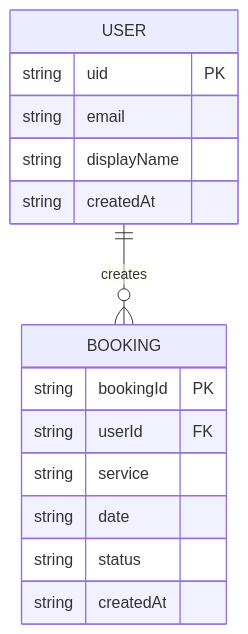
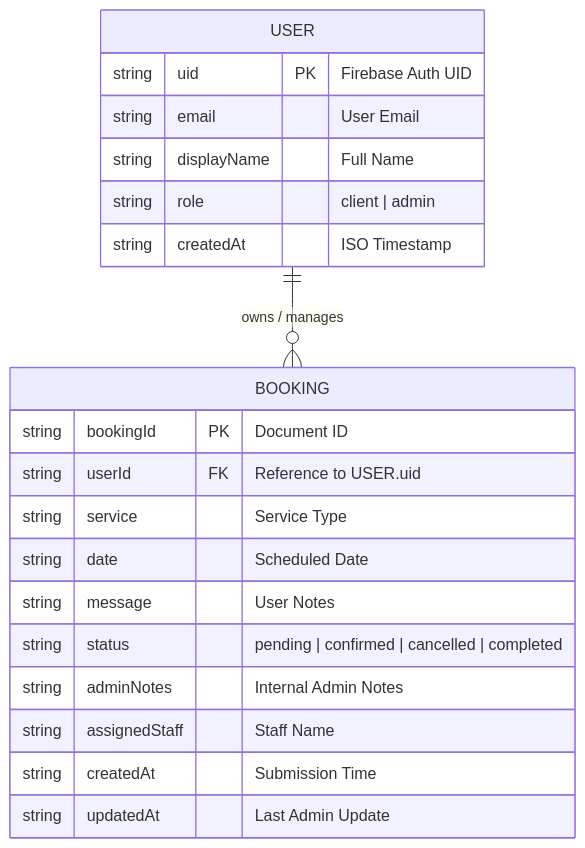
One commit to darbarrahul9999/aquablast-project changed the first of 4 diagrams in README.md. Above: the diagram before and after it, drawn with Mermaid. The commit also changed other lines of this file, not shown here.

First line of the commit message:
docs: Update README with RBAC and ER diagram

````diff
--- a/README.md
+++ b/README.md
@@ -99,18 +101,23 @@
 ```mermaid
 erDiagram
-    USER ||--o{ BOOKING : creates
+    USER ||--o{ BOOKING : "owns / manages"
     USER {
-        string uid PK
-        string email
-        string displayName
-        string createdAt
+        string uid PK "Firebase Auth UID"
+        string email "User Email"
+        string displayName "Full Name"
+        string role "client | admin"
+        string createdAt "ISO Timestamp"
     }
     BOOKING {
-        string bookingId PK
-        string userId FK
-        string service
-        string date
-        string status
-        string createdAt
+        string bookingId PK "Document ID"
+        string userId FK "Reference to USER.uid"
+        string service "Service Type"
+        string date "Scheduled Date"
+        string message "User Notes"
+        string status "pending | confirmed | cancelled | completed"
+        string adminNotes "Internal Admin Notes"
+        string assignedStaff "Staff Name"
+        string createdAt "Submission Time"
+        string updatedAt "Last Admin Update"
     }
 ```
````
